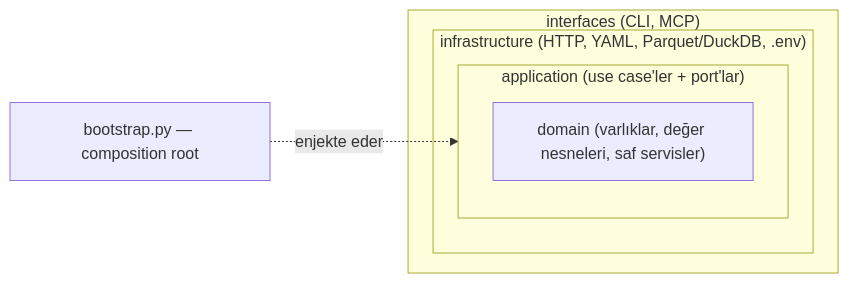
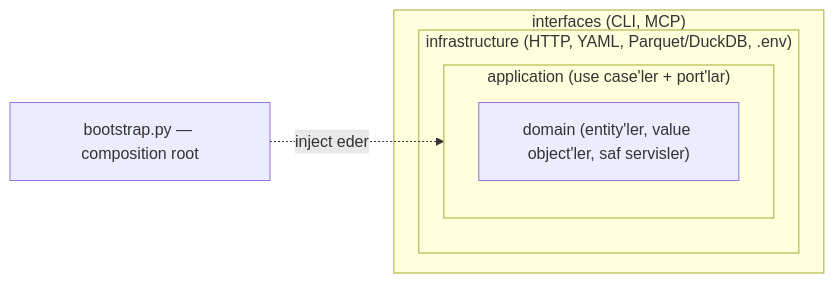
Before and after one commit to vykarakaya26/ml_booster_mcp: the diagram in README.md, drawn with Mermaid. The commit also changed other lines of this file and 216 other files, not shown here.

````diff
--- a/README.md
+++ b/README.md
@@ -141,11 +141,11 @@
 ```mermaid
 flowchart LR
     subgraph Interfaces["interfaces (CLI, MCP)"]
         subgraph Infrastructure["infrastructure (HTTP, YAML, Parquet/DuckDB, .env)"]
             subgraph Application["application (use case'ler + port'lar)"]
-                Domain["domain (varlıklar, değer nesneleri, saf servisler)"]
+                Domain["domain (entity'ler, value object'ler, saf servisler)"]
             end
         end
     end
-    Bootstrap["bootstrap.py — composition root"] -.enjekte eder.-> Application
+    Bootstrap["bootstrap.py — composition root"] -.inject eder.-> Application
 ```
````
